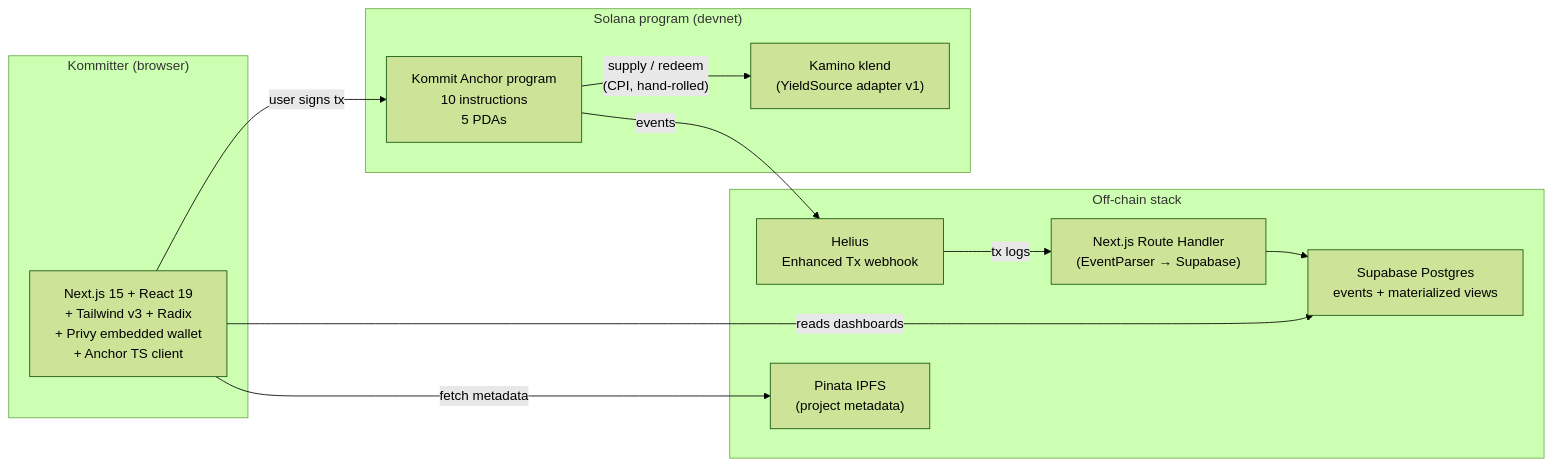
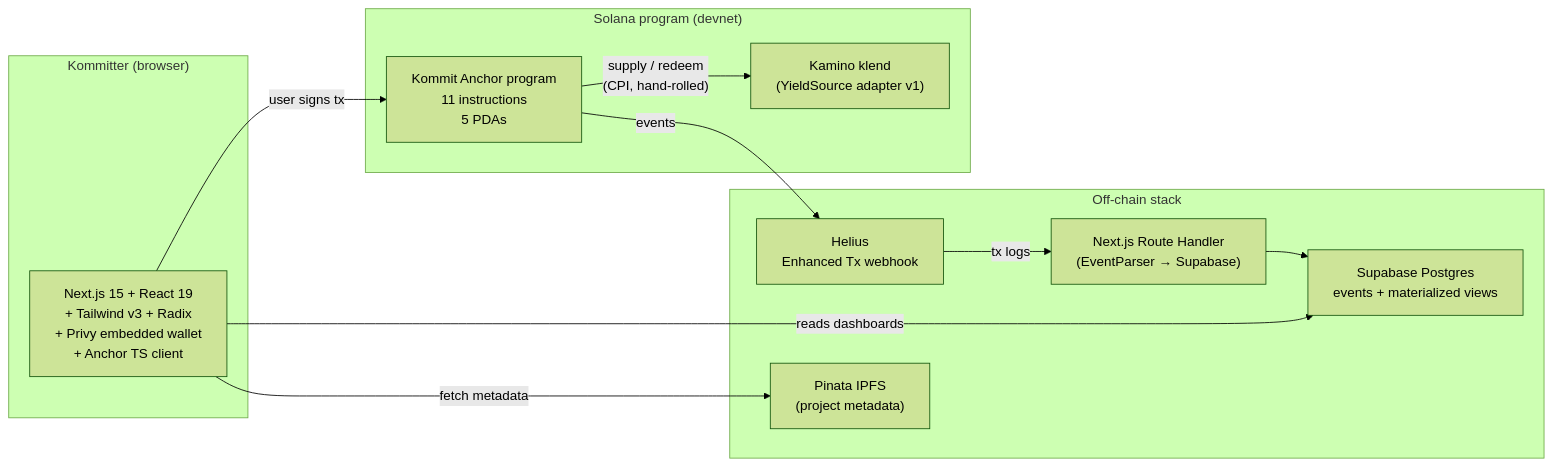
One commit to lamentierschweinchen/kommit changed the diagram in README.md. Above: the diagram before and after it, drawn with Mermaid (forest theme). The commit also changed other lines of this file, not shown here.

````diff
--- a/README.md
+++ b/README.md
@@ -62,26 +57,26 @@
 ```mermaid
 flowchart LR
     subgraph User["Kommitter (browser)"]
         Frontend["Next.js 15 + React 19<br/>+ Tailwind v3 + Radix<br/>+ Privy embedded wallet<br/>+ Anchor TS client"]
     end
 
     subgraph OnChain["Solana program (devnet)"]
-        Kommit["Kommit Anchor program<br/>10 instructions<br/>5 PDAs"]
+        Kommit["Kommit Anchor program<br/>11 instructions<br/>5 PDAs"]
         Klend["Kamino klend<br/>(YieldSource adapter v1)"]
         Kommit -- "supply / redeem<br/>(CPI, hand-rolled)" --> Klend
     end
 
     subgraph OffChain["Off-chain stack"]
         Helius["Helius<br/>Enhanced Tx webhook"]
         Indexer["Next.js Route Handler<br/>(EventParser → Supabase)"]
         Supabase["Supabase Postgres<br/>events + materialized views"]
         IPFS["Pinata IPFS<br/>(project metadata)"]
         Helius -- "tx logs" --> Indexer
         Indexer --> Supabase
     end
 
     Frontend -- "user signs tx" --> Kommit
     Kommit -- "events" --> Helius
     Frontend -- "reads dashboards" --> Supabase
     Frontend -- "fetch metadata" --> IPFS
 ```
````
